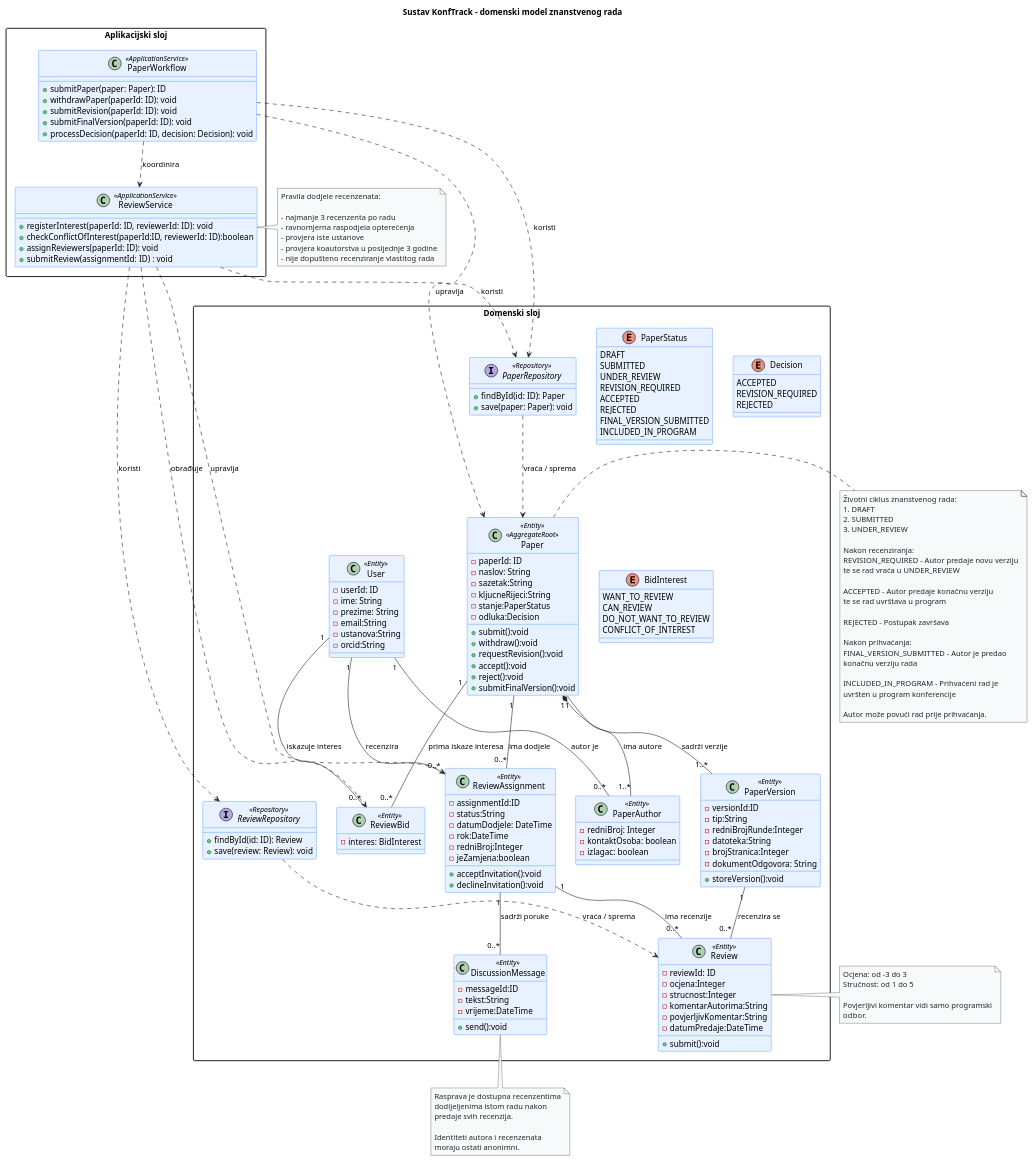
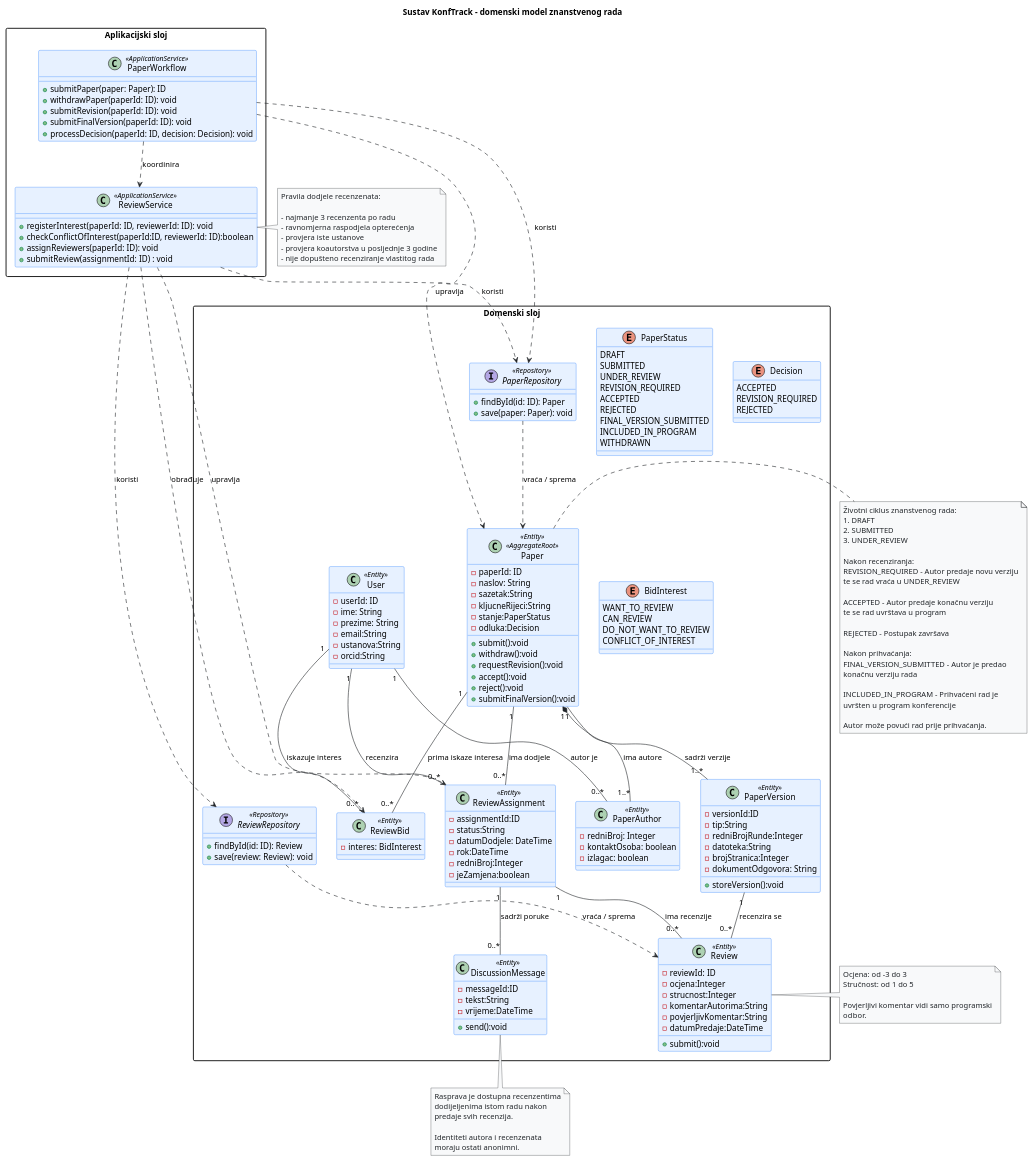
The diagram in docs/puml/4-3-konftrack-domain-CD.puml (MatejCuric/KonfTrack-Grupa-12.1), drawn with PlantUML before and after one commit. The commit also changed 4 other files, not shown here.

Commit message:
Ažurirana dokumentacija 4.3.: ER dijagram i dijagram razreda

```diff
--- a/docs/puml/4-3-konftrack-domain-CD.puml
+++ b/docs/puml/4-3-konftrack-domain-CD.puml
@@ -113,8 +113,6 @@
     -rok:DateTime
     -redniBroj:Integer
     -jeZamjena:boolean
-    +acceptInvitation():void
-    +declineInvitation():void
   }
 
   class Review <<Entity>>{
@@ -143,6 +141,7 @@
     REJECTED
     FINAL_VERSION_SUBMITTED
     INCLUDED_IN_PROGRAM
+    WITHDRAWN
   }
 
   enum Decision {
```
